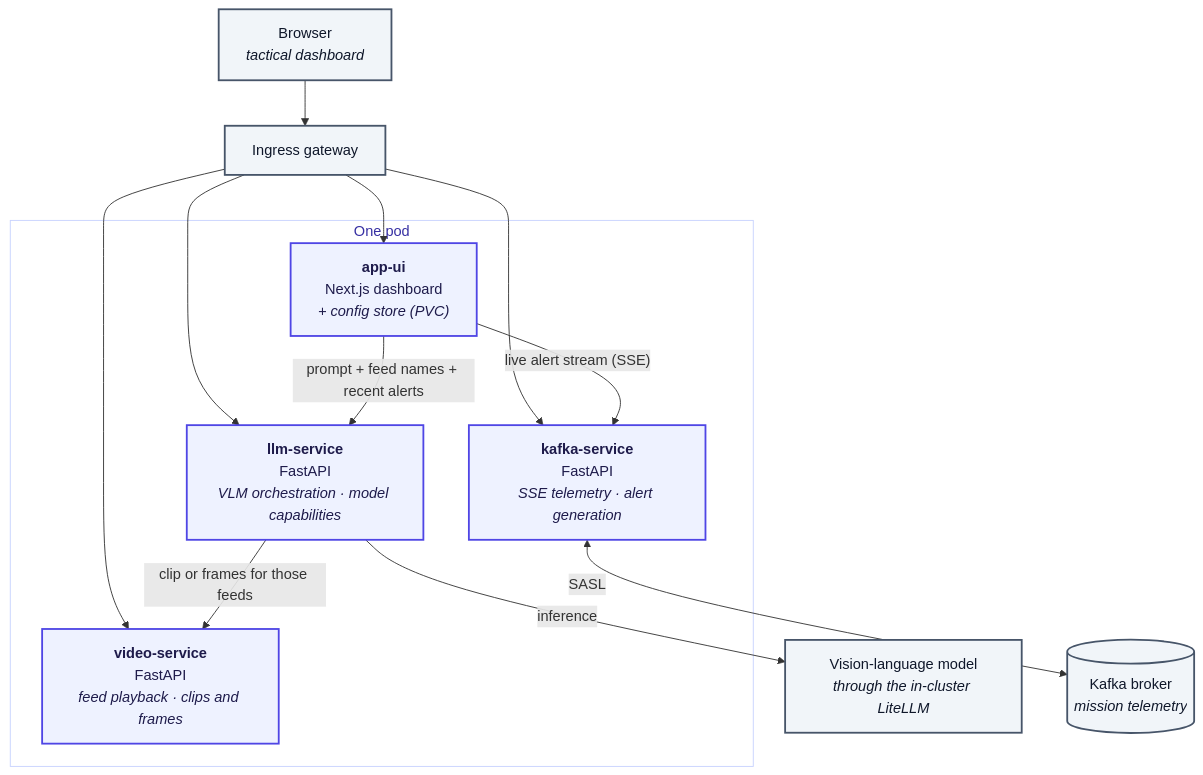
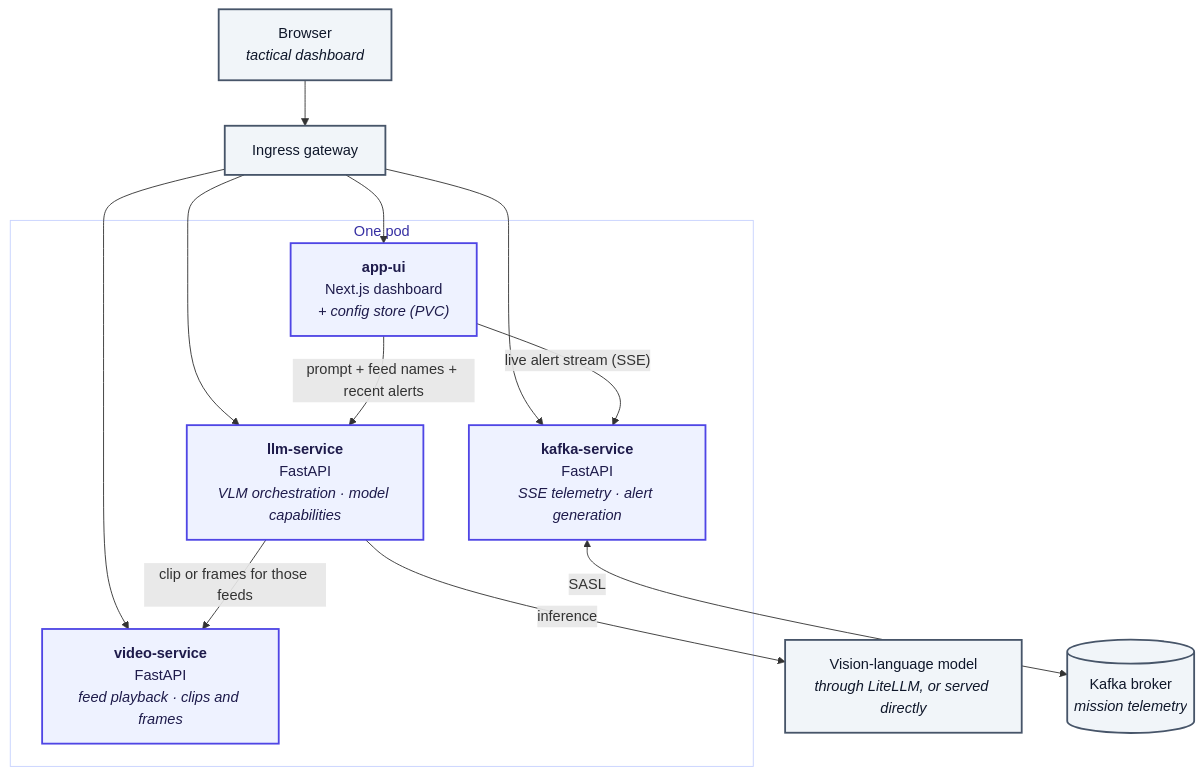
One commit to erdincka/defence-ops changed the diagram in README.md. Above: the diagram before and after it, drawn with Mermaid. The commit also changed other lines of this file and 12 other files, not shown here.

First line of the commit message:
direct model endpoints: capabilities via values, vLLM reasoning, service links off

````diff
--- a/README.md
+++ b/README.md
@@ -41,31 +42,31 @@
 ```mermaid
 flowchart TB
     browser["Browser<br/><i>tactical dashboard</i>"]
     gw["Ingress gateway"]
 
     subgraph ns ["One pod"]
         ui["<b>app-ui</b><br/>Next.js dashboard<br/><i>+ config store (PVC)</i>"]
         vid["<b>video-service</b><br/>FastAPI<br/><i>feed playback · clips and frames</i>"]
         llm["<b>llm-service</b><br/>FastAPI<br/><i>VLM orchestration · model capabilities</i>"]
         kaf["<b>kafka-service</b><br/>FastAPI<br/><i>SSE telemetry · alert generation</i>"]
     end
 
-    model["Vision-language model<br/><i>through the in-cluster LiteLLM</i>"]
+    model["Vision-language model<br/><i>through LiteLLM, or served directly</i>"]
     broker[("Kafka broker<br/><i>mission telemetry</i>")]
 
     browser --> gw --> ui
     gw --> vid
     gw --> llm
     gw --> kaf
     ui -->|"prompt + feed names + recent alerts"| llm
     llm -->|"clip or frames for those feeds"| vid
     ui -->|"live alert stream (SSE)"| kaf
     llm -->|"inference"| model
     kaf <-->|"SASL"| broker
 
     classDef svc fill:#eef2ff,stroke:#4f46e5,stroke-width:2px,color:#1e1b4b;
     classDef ext fill:#f1f5f9,stroke:#475569,stroke-width:2px,color:#0f172a;
     class ui,vid,llm,kaf svc;
     class browser,gw,model,broker ext;
     style ns fill:#ffffff,stroke:#c7d2fe,stroke-width:1px,color:#3730a3;
 ```
````
